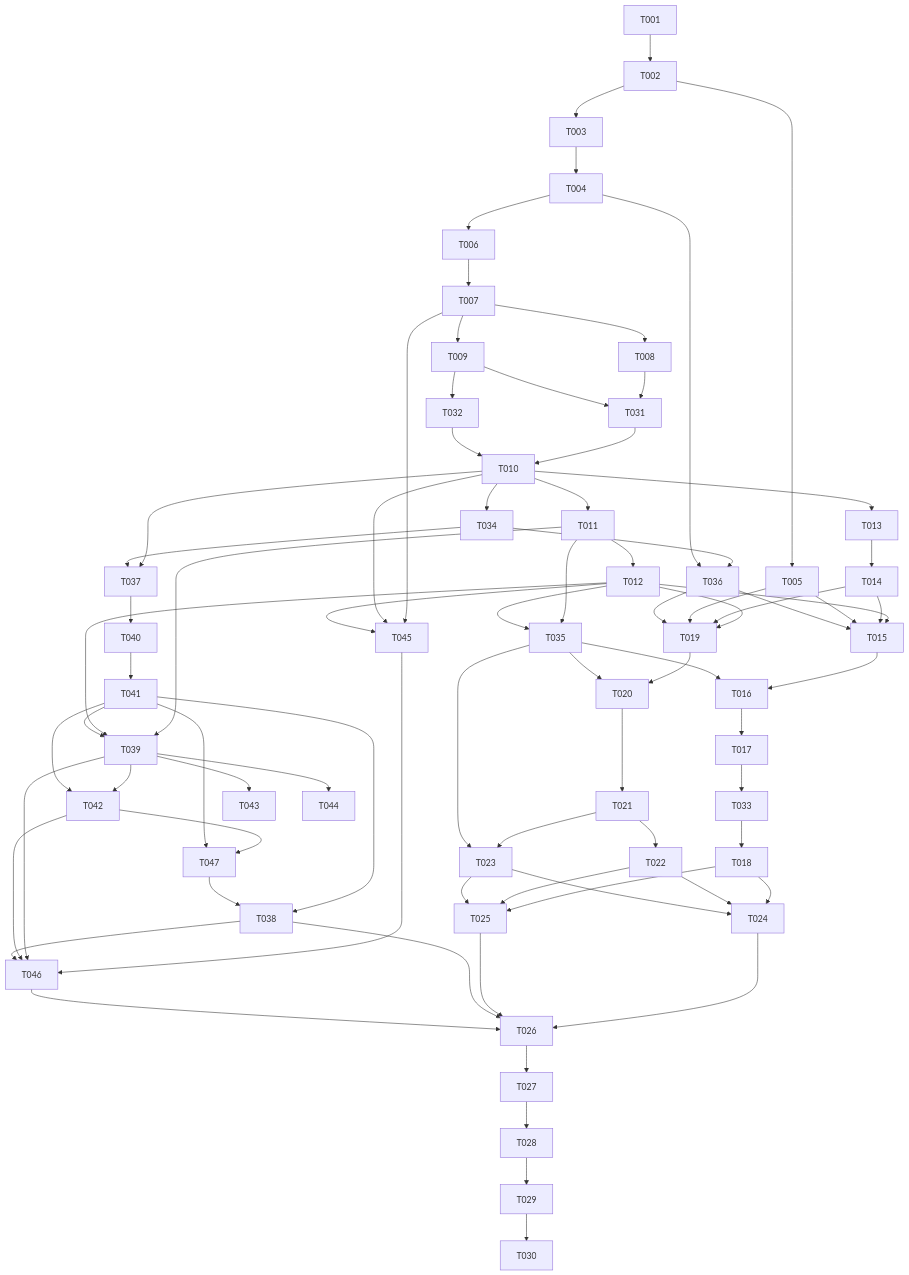
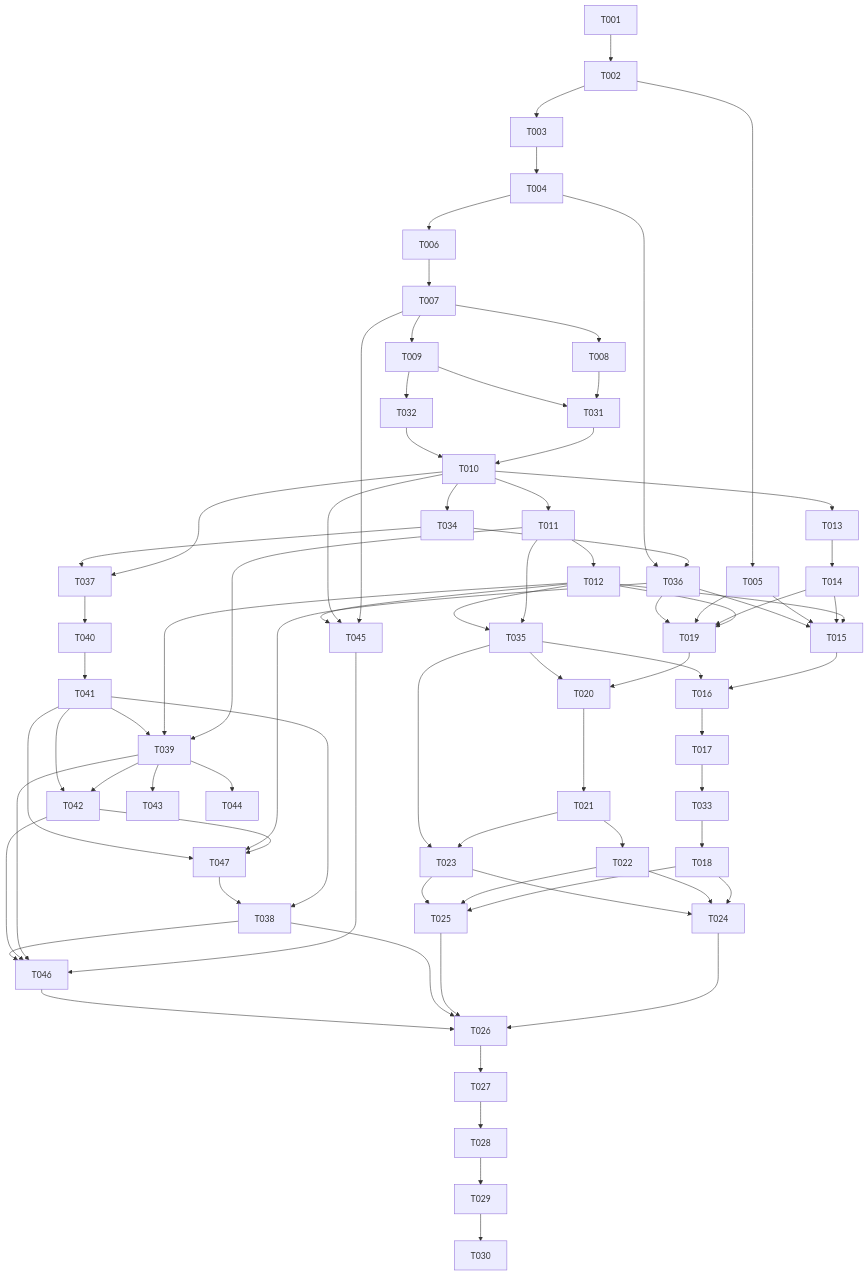
The diagram in docs/tasks/2026-10-13-001-feat-multi-agent-team-tasks.md (ronronner02/multi-agent), drawn with Mermaid before and after one commit. The commit also changed other lines of this file, not shown here.

````diff
--- a/docs/tasks/2026-10-13-001-feat-multi-agent-team-tasks.md
+++ b/docs/tasks/2026-10-13-001-feat-multi-agent-team-tasks.md
@@ -120,67 +120,68 @@
 ```mermaid
 flowchart TD
   T001 --> T002
   T002 --> T003 --> T004 --> T006 --> T007
   T002 --> T005
   T007 --> T008
   T007 --> T009
   T008 --> T031
   T009 --> T031
   T009 --> T032
   T031 --> T010
   T032 --> T010
   T010 --> T011 --> T012
   T010 --> T013 --> T014
   T012 --> T015
   T014 --> T015
   T005 --> T015
   T015 --> T016 --> T017 --> T033 --> T018
   T012 --> T019
   T014 --> T019
   T005 --> T019
   T019 --> T020 --> T021
   T021 --> T022
   T021 --> T023
   T018 --> T024
   T022 --> T024
   T023 --> T024
   T018 --> T025
   T022 --> T025
   T023 --> T025
   T024 --> T026
   T025 --> T026
   T010 --> T034 --> T036
   T010 --> T037
   T034 --> T037
   T037 --> T040
   T040 --> T041
   T041 --> T038
   T011 --> T039
   T012 --> T039
   T041 --> T039
   T039 --> T042
   T039 --> T043
   T039 --> T044
   T041 --> T042
   T042 --> T047
+  T036 --> T047
   T041 --> T047
   T047 --> T038
   T038 --> T026
   T007 --> T045
   T010 --> T045
   T012 --> T045
   T045 --> T046
   T039 --> T046
   T042 --> T046
   T038 --> T046
   T046 --> T026
   T004 --> T036
   T036 --> T015
   T036 --> T019
   T011 --> T035
   T012 --> T035
   T035 --> T016
   T035 --> T020
   T035 --> T023
   T026 --> T027 --> T028 --> T029 --> T030
 ```
````
